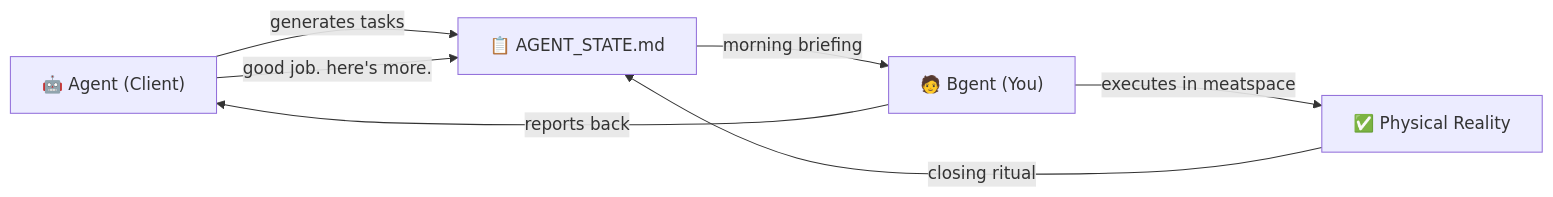
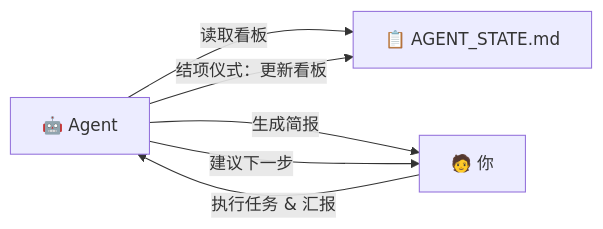
One commit to Mehechiger/Bgent changed the diagram in README.md. Above: the diagram before and after it, drawn with Mermaid. The commit also changed other lines of this file and 12 other files, not shown here.

````diff
--- a/README.md
+++ b/README.md
@@ -62,9 +87,8 @@
 ```mermaid
 graph LR
-    A["🤖 Agent (Client)"] -->|generates tasks| B["📋 AGENT_STATE.md"]
-    B -->|morning briefing| C["🧑 Bgent (You)"]
-    C -->|executes in meatspace| D["✅ Physical Reality"]
-    D -->|closing ritual| B
-    C -->|reports back| A
-    A -->|good job. here's more.| B
+    A["🤖 Agent"] -->|"读取看板"| B["📋 AGENT_STATE.md"]
+    A -->|"生成简报"| C["🧑 你"]
+    C -->|"执行任务 & 汇报"| A
+    A -->|"结项仪式：更新看板"| B
+    A -->|"建议下一步"| C
 ```
````
